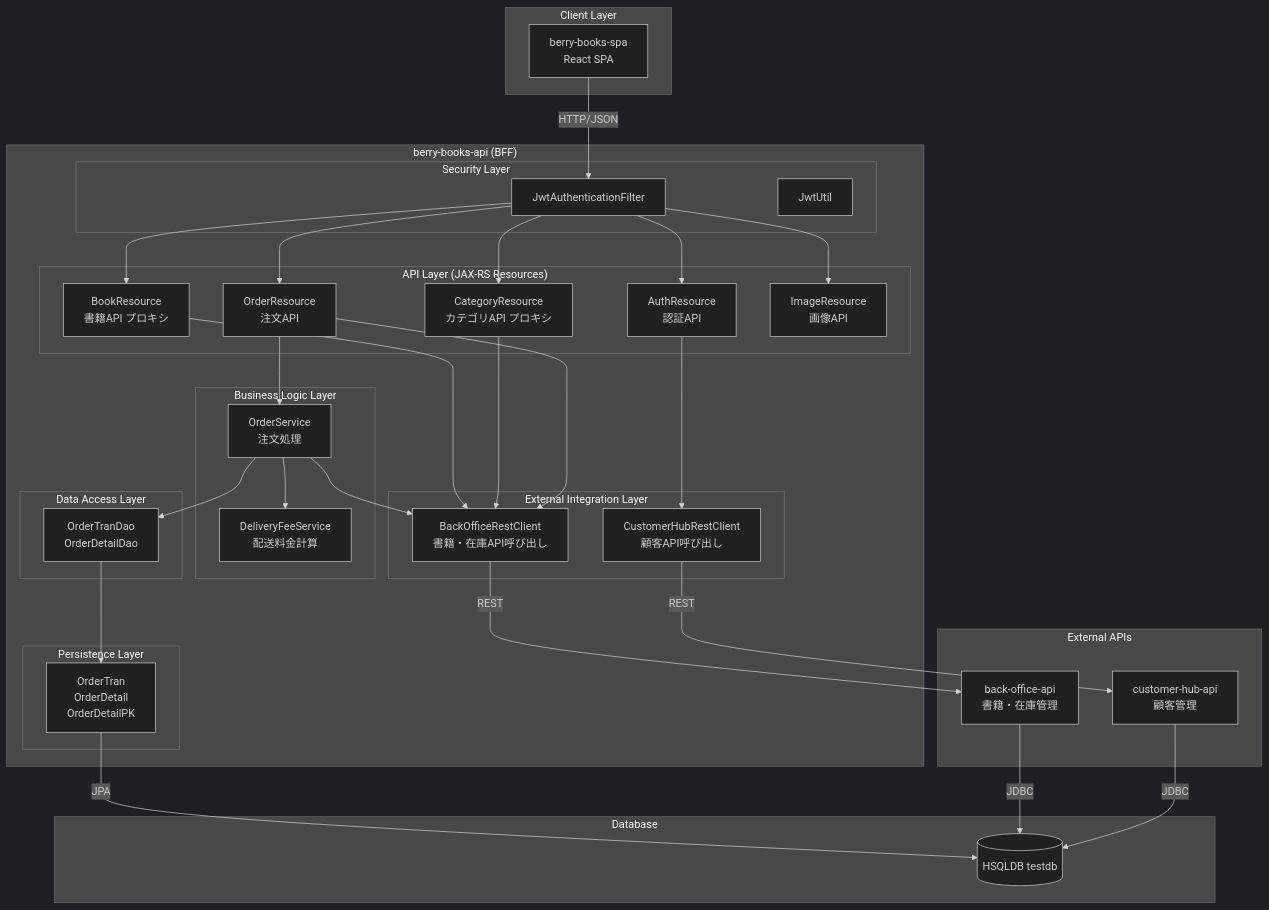
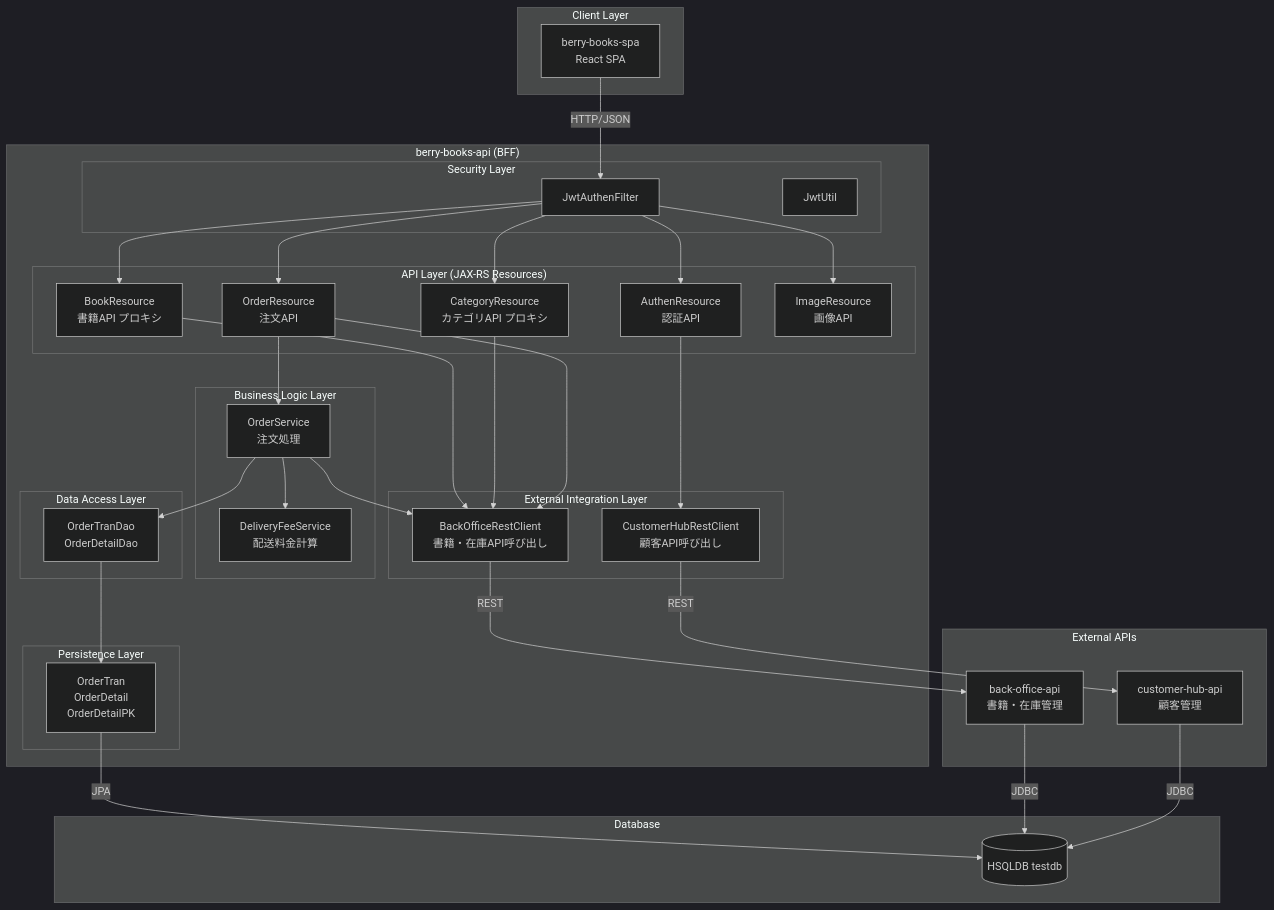
Before and after one commit to KenyaSaitoh/ai_driven_dev_202601: the third of 9 diagrams in projects/sdd/bookstore/berry-books-api-sdd/specs/baseline/system/architecture_design.md, drawn with Mermaid (dark theme). The commit also changed other lines of this file and 402 other files, not shown here.

````diff
--- a/projects/sdd/bookstore/berry-books-api-sdd/specs/baseline/system/architecture_design.md
+++ b/projects/sdd/bookstore/berry-books-api-sdd/specs/baseline/system/architecture_design.md
@@ -117,74 +117,74 @@
 ```mermaid
 graph TB
     subgraph "Client Layer"
         Client[berry-books-spa<br/>React SPA]
     end
     
     subgraph "berry-books-api (BFF)"
         subgraph "API Layer (JAX-RS Resources)"
-            AuthAPI[AuthResource<br/>認証API]
+            AuthAPI[AuthenResource<br/>認証API]
             BookAPI[BookResource<br/>書籍API プロキシ]
             CategoryAPI[CategoryResource<br/>カテゴリAPI プロキシ]
             OrderAPI[OrderResource<br/>注文API]
             ImageAPI[ImageResource<br/>画像API]
         end
         
         subgraph "Security Layer"
-            JWTFilter[JwtAuthenticationFilter]
+            JWTFilter[JwtAuthenFilter]
             JWTUtil[JwtUtil]
         end
         
         subgraph "Business Logic Layer"
             OrderService[OrderService<br/>注文処理]
             DeliveryService[DeliveryFeeService<br/>配送料金計算]
         end
         
         subgraph "External Integration Layer"
             BackOfficeClient[BackOfficeRestClient<br/>書籍・在庫API呼び出し]
             CustomerClient[CustomerHubRestClient<br/>顧客API呼び出し]
         end
         
         subgraph "Data Access Layer"
             OrderDao[OrderTranDao<br/>OrderDetailDao]
         end
         
         subgraph "Persistence Layer"
             OrderEntity[OrderTran<br/>OrderDetail<br/>OrderDetailPK]
         end
     end
     
     subgraph "External APIs"
         BackOfficeAPI[back-office-api<br/>書籍・在庫管理]
         CustomerAPI[customer-hub-api<br/>顧客管理]
     end
     
     subgraph "Database"
         DB[(HSQLDB testdb)]
     end
     
     Client -->|HTTP/JSON| JWTFilter
     JWTFilter --> AuthAPI
     JWTFilter --> BookAPI
     JWTFilter --> CategoryAPI
     JWTFilter --> OrderAPI
     JWTFilter --> ImageAPI
     
     AuthAPI --> CustomerClient
     BookAPI --> BackOfficeClient
     CategoryAPI --> BackOfficeClient
     OrderAPI --> OrderService
     OrderAPI --> BackOfficeClient
     
     OrderService --> OrderDao
     OrderService --> BackOfficeClient
     OrderService --> DeliveryService
     
     BackOfficeClient -->|REST| BackOfficeAPI
     CustomerClient -->|REST| CustomerAPI
     
     OrderDao --> OrderEntity
     OrderEntity -->|JPA| DB
     
     BackOfficeAPI -->|JDBC| DB
     CustomerAPI -->|JDBC| DB
 ```
````
